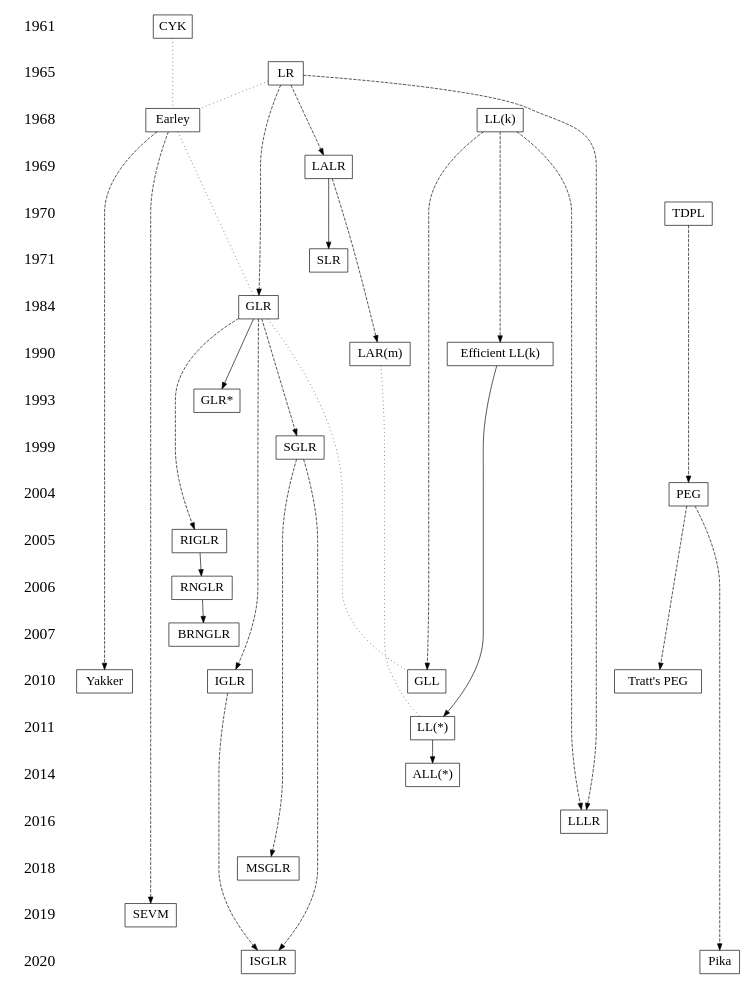
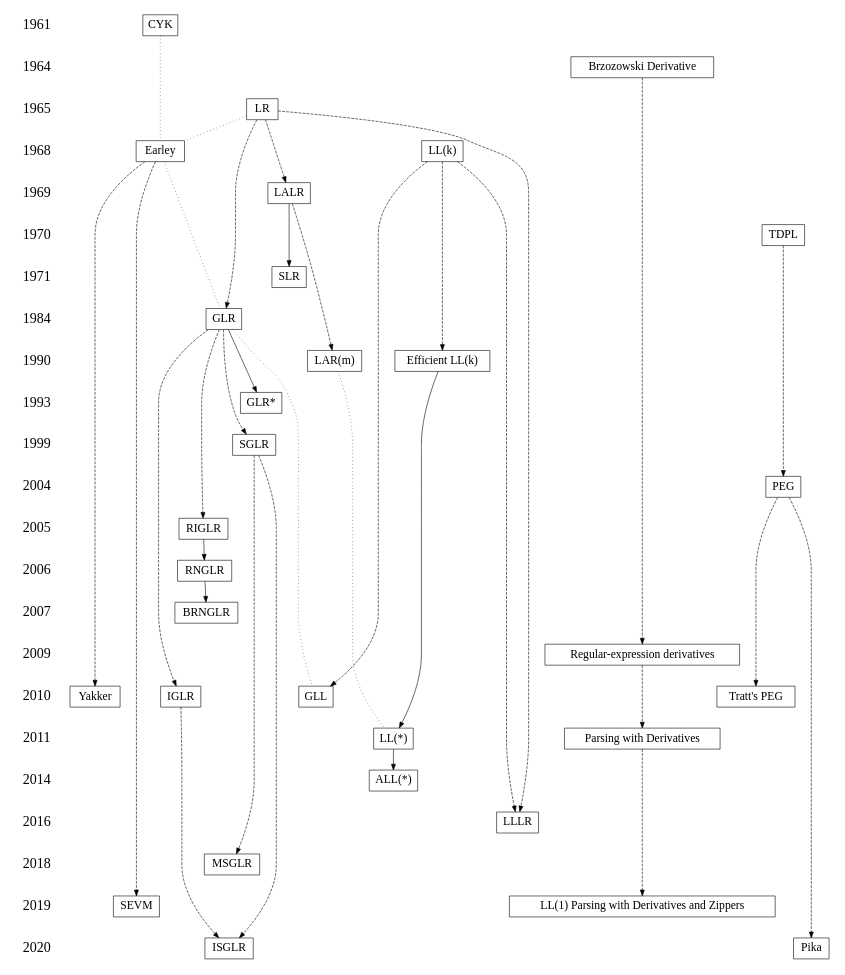
One commit to stereobooster/stereobooster.com changed the diagram in content/posts/an-overview-of-parsing-algorithms/index.original.md. Above: the diagram before and after it, drawn with Graphviz. The commit also changed other lines of this file and 3 other files, not shown here.

Commit message:
Parsing with derivatives

````diff
--- a/content/posts/an-overview-of-parsing-algorithms/index.original.md
+++ b/content/posts/an-overview-of-parsing-algorithms/index.original.md
@@ -9,71 +9,75 @@
 ```dot
 digraph timeline {
     size="7,8";
 
     edge [style=invis];
     node [fontsize=24, shape = plaintext];
 
-    1961 -> 1965 -> 1968 -> 1969 -> 1970 ->
+    1961 -> 1964-> 1965 -> 1968 -> 1969 -> 1970 ->
     1971 -> 1984 -> 1990 -> 1993 ->
     1999 -> 2004 -> 2005 -> 2006 ->
-    2007 -> 2010 -> 2011 -> 2014 ->
+    2007 -> 2009 -> 2010 -> 2011 -> 2014 ->
     2016 -> 2018 -> 2019 -> 2020;
 
 
     node [fontsize=20, shape = box];
     { rank=same;  1961 CYK; }
+    { rank=same;  1964 "Brzozowski Derivative"; }
     { rank=same;  1965 LR; }
     { rank=same;  1968 Earley "LL(k)"; }
     { rank=same;  1969 LALR; }
     { rank=same;  1970 TDPL; }
     { rank=same;  1971 SLR; }
     { rank=same;  1984 GLR; }
     { rank=same;  1990 "Efficient LL(k)" "LAR(m)"; }
     { rank=same;  1993 "GLR*"; }
     { rank=same;  1999 SGLR; }
     { rank=same;  2004 PEG; }
     { rank=same;  2005 RIGLR; }
     { rank=same;  2006 RNGLR; }
     { rank=same;  2007 BRNGLR; }
+    { rank=same;  2009 "Regular-expression derivatives"; }
     { rank=same;  2010 GLL IGLR Yakker "Tratt's PEG"; }
-    { rank=same;  2011 "LL(*)"; }
+    { rank=same;  2011 "LL(*)" "Parsing with Derivatives"; }
     { rank=same;  2014 "ALL(*)"; }
     { rank=same;  2016 LLLR; }
     { rank=same;  2018 MSGLR; }
-    { rank=same;  2019 SEVM; }
+    { rank=same;  2019 SEVM "LL(1) Parsing with Derivatives and Zippers"; }
     { rank=same;  2020 ISGLR Pika; }
 
     edge[ style=dashed ];
 
     CYK -> Earley [ style=dotted arrowhead=none];
     LR -> Earley [ style=dotted arrowhead=none];
     Earley -> GLR [ style=dotted arrowhead=none];
 
     Earley -> Yakker;
     Earley -> SEVM;
 
     "LL(k)" -> "Efficient LL(k)";
     "Efficient LL(k)" -> "LL(*)" -> "ALL(*)" [ style=solid ];
     "LL(k)" -> GLL;
 
     LR -> LALR;
     LALR -> SLR [ style=solid ];
     LALR -> "LAR(m)";
     LR -> GLR;
     GLR -> SGLR -> MSGLR;
     GLR -> "GLR*" [ style=solid ];
     GLR -> IGLR -> ISGLR;
     GLR -> RIGLR;
     RIGLR -> RNGLR -> BRNGLR [ style=solid ];
     SGLR -> ISGLR;
 
     TDPL -> PEG -> Pika [style=dashed ];
     PEG -> "Tratt's PEG" [style=dashed ];
 
     "LL(k)" -> LLLR;
     LR -> LLLR;
 
     "LAR(m)" -> "LL(*)" [ style=dotted arrowhead=none];
     GLR -> GLL [ style=dotted arrowhead=none];
+
+    "Brzozowski Derivative" -> "Regular-expression derivatives" -> "Parsing with Derivatives" -> "LL(1) Parsing with Derivatives and Zippers";
 }
 ```
````
